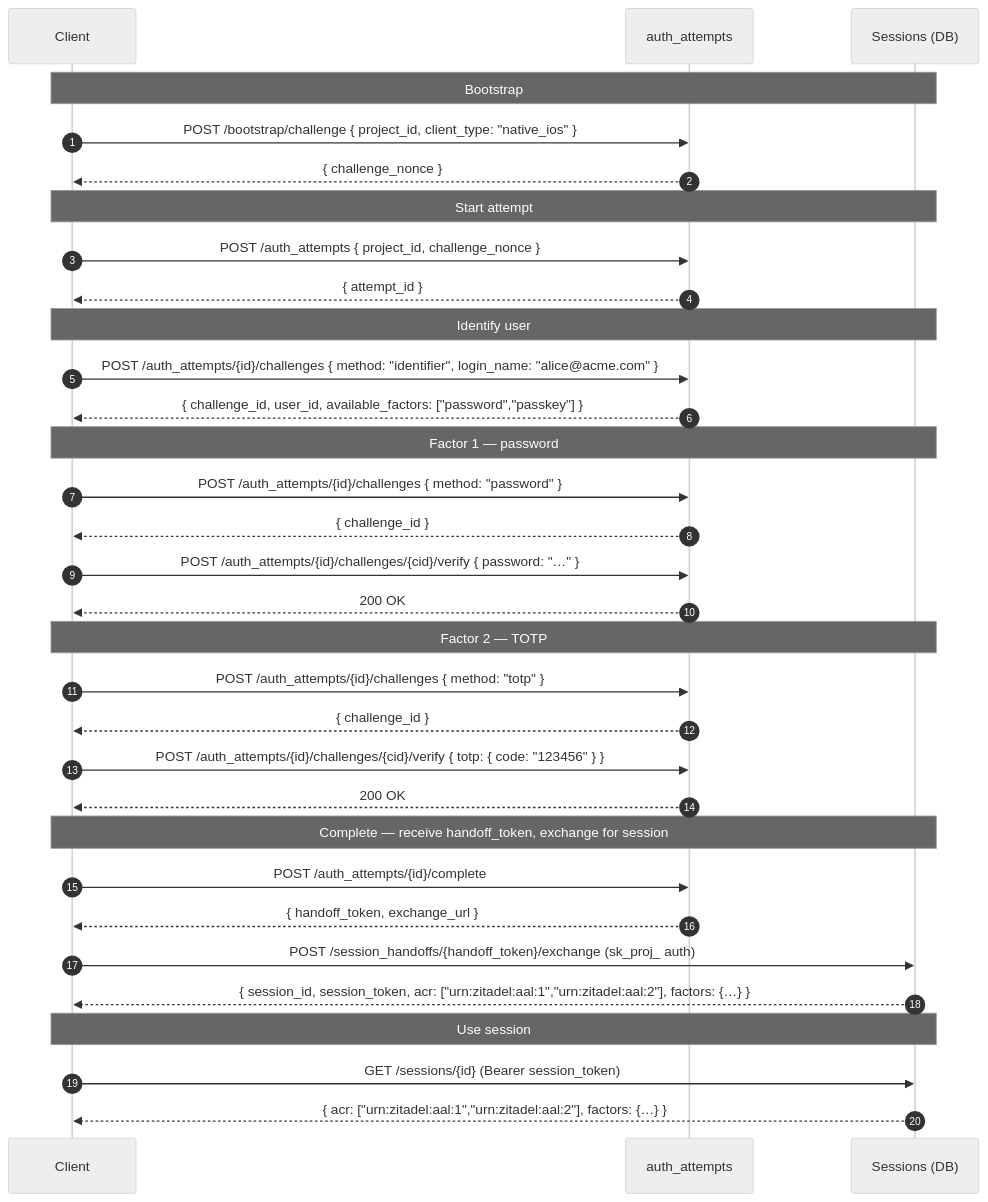
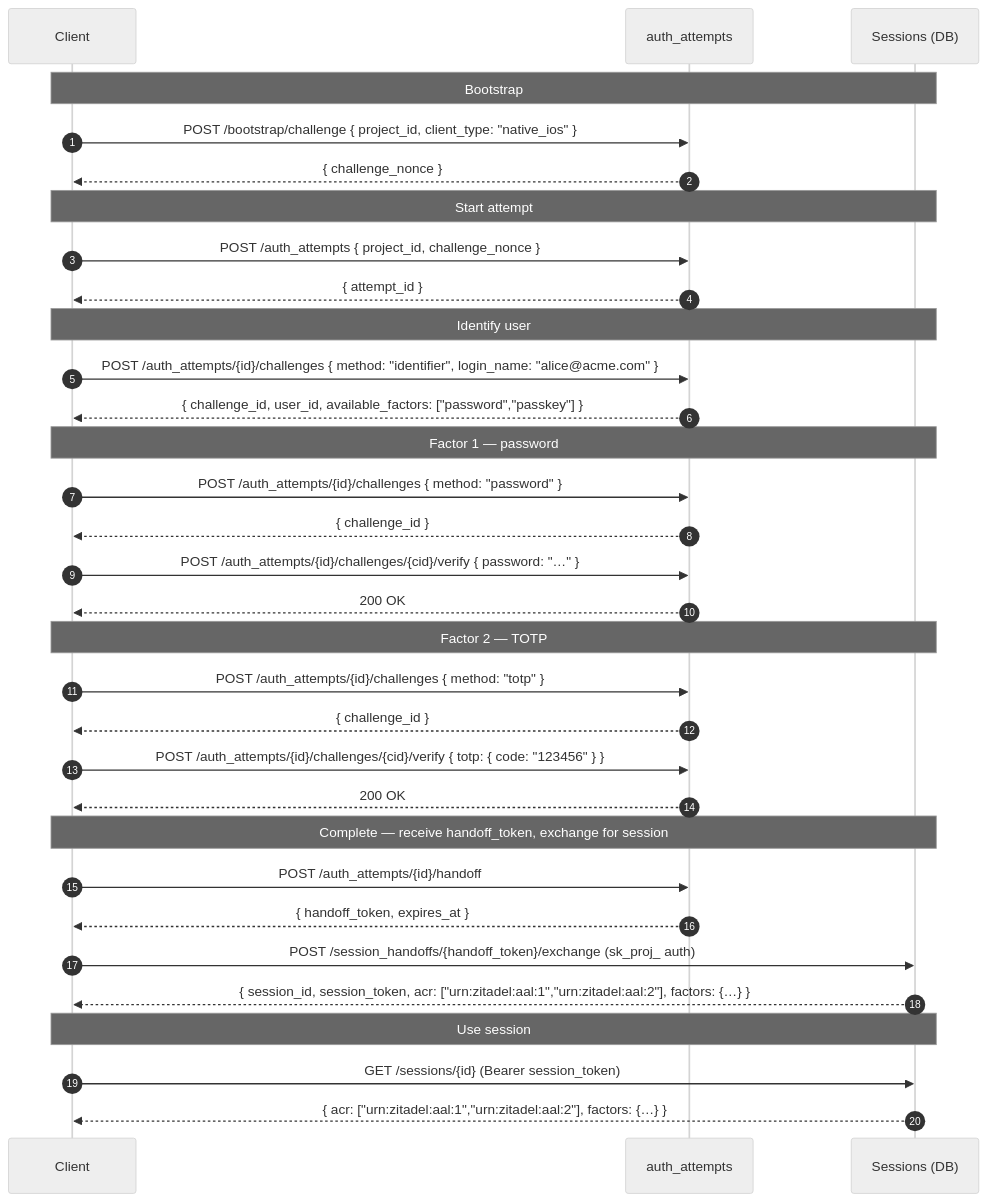
Before and after one commit to zitadel/nextgen: the second of 4 diagrams in docs/design/api/authn-and-auth-flows.md, drawn with Mermaid (neutral theme). The commit also changed other lines of this file and 4 other files, not shown here.

Commit message:
docs(design): update session and flow interaction

````diff
--- a/docs/design/api/authn-and-auth-flows.md
+++ b/docs/design/api/authn-and-auth-flows.md
@@ -225,51 +222,51 @@
 ```mermaid
 sequenceDiagram
     autonumber
     participant Client
     participant AuthAttempts as auth_attempts
     participant SessionDB as Sessions (DB)
 
     Note over Client,SessionDB: Bootstrap
 
     Client->>AuthAttempts: POST /bootstrap/challenge { project_id, client_type: "native_ios" }
     AuthAttempts-->>Client: { challenge_nonce }
 
     Note over Client,SessionDB: Start attempt
 
     Client->>AuthAttempts: POST /auth_attempts { project_id, challenge_nonce }
     AuthAttempts-->>Client: { attempt_id }
 
     Note over Client,SessionDB: Identify user
 
     Client->>AuthAttempts: POST /auth_attempts/{id}/challenges { method: "identifier", login_name: "alice@acme.com" }
     AuthAttempts-->>Client: { challenge_id, user_id, available_factors: ["password","passkey"] }
 
     Note over Client,SessionDB: Factor 1 — password
 
     Client->>AuthAttempts: POST /auth_attempts/{id}/challenges { method: "password" }
     AuthAttempts-->>Client: { challenge_id }
 
     Client->>AuthAttempts: POST /auth_attempts/{id}/challenges/{cid}/verify { password: "…" }
     AuthAttempts-->>Client: 200 OK
 
     Note over Client,SessionDB: Factor 2 — TOTP
 
     Client->>AuthAttempts: POST /auth_attempts/{id}/challenges { method: "totp" }
     AuthAttempts-->>Client: { challenge_id }
 
     Client->>AuthAttempts: POST /auth_attempts/{id}/challenges/{cid}/verify { totp: { code: "123456" } }
     AuthAttempts-->>Client: 200 OK
 
     Note over Client,SessionDB: Complete — receive handoff_token, exchange for session
 
-    Client->>AuthAttempts: POST /auth_attempts/{id}/complete
-    AuthAttempts-->>Client: { handoff_token, exchange_url }
+    Client->>AuthAttempts: POST /auth_attempts/{id}/handoff
+    AuthAttempts-->>Client: { handoff_token, expires_at }
 
     Client->>SessionDB: POST /session_handoffs/{handoff_token}/exchange (sk_proj_ auth)
     SessionDB-->>Client: { session_id, session_token, acr: ["urn:zitadel:aal:1","urn:zitadel:aal:2"], factors: {…} }
 
     Note over Client,SessionDB: Use session
 
     Client->>SessionDB: GET /sessions/{id} (Bearer session_token)
     SessionDB-->>Client: { acr: ["urn:zitadel:aal:1","urn:zitadel:aal:2"], factors: {…} }
 ```
````
